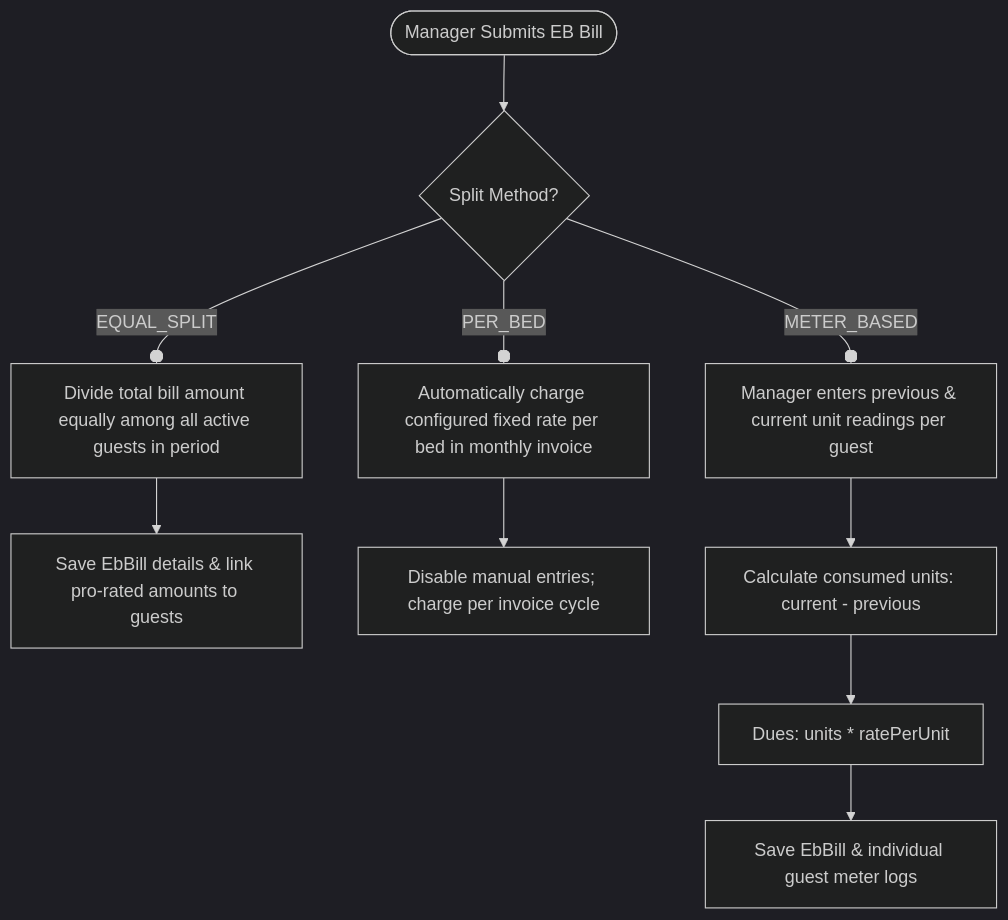
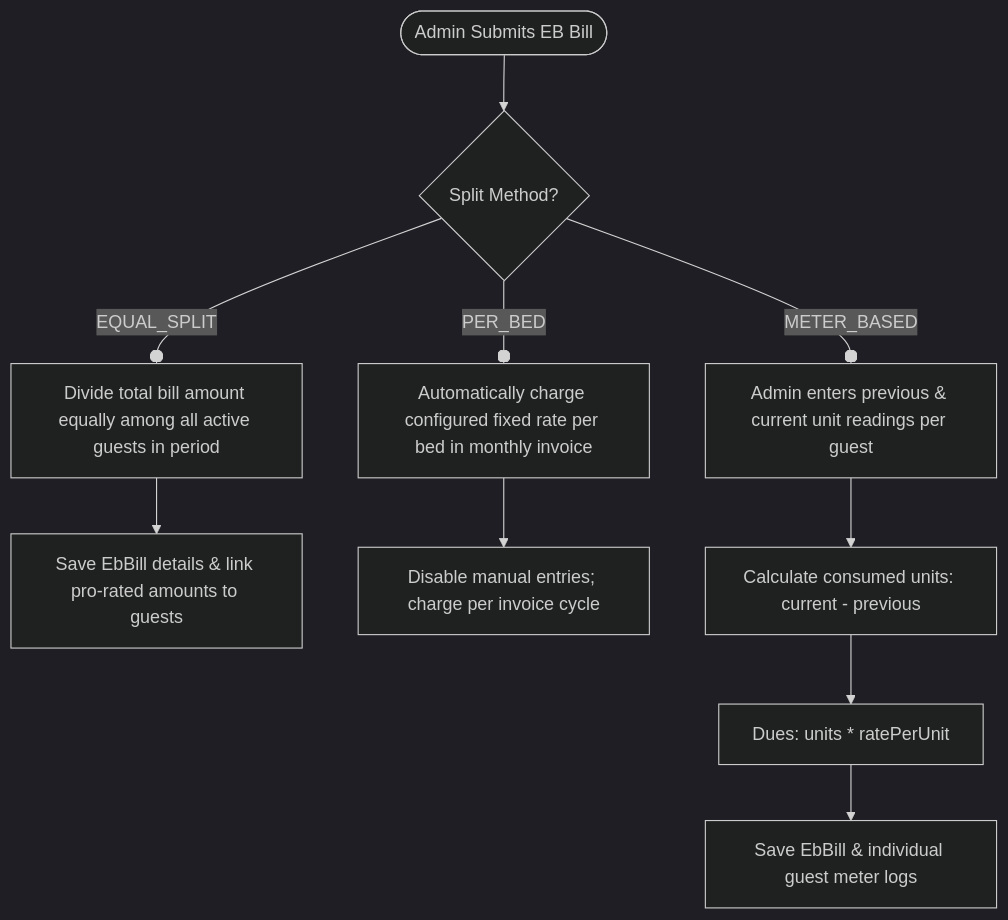
The fifth of 21 diagrams in docs/WORKFLOWS.md (rahul-0906/PG-Project), drawn with Mermaid (dark theme) before and after one commit. The commit also changed other lines of this file and 7 other files, not shown here.

Commit message:
Comprehensive documentation overhaul: update 4-tier roles, workflows, calculations, architecture, and onboarding SOP

````diff
--- a/docs/WORKFLOWS.md
+++ b/docs/WORKFLOWS.md
@@ -149,15 +160,15 @@
 ```mermaid
 flowchart TD
-    Start([Manager Submits EB Bill]) --> Method{Split Method?}
+    Start([Admin Submits EB Bill]) --> Method{Split Method?}
     
     Method -- EQUAL_SPLIT --o EqualCalc[Divide total bill amount equally among all active guests in period]
     EqualCalc --> SaveEqual[Save EbBill details & link pro-rated amounts to guests]
     
     Method -- PER_BED --o FixedCalc[Automatically charge configured fixed rate per bed in monthly invoice]
     FixedCalc --> DisableManual[Disable manual entries; charge per invoice cycle]
     
-    Method -- METER_BASED --o MeterCalc[Manager enters previous & current unit readings per guest]
+    Method -- METER_BASED --o MeterCalc[Admin enters previous & current unit readings per guest]
     MeterCalc --> DiffCalc[Calculate consumed units: current - previous]
     DiffCalc --> CostCalc[Dues: units * ratePerUnit]
     CostCalc --> SaveMeter[Save EbBill & individual guest meter logs]
 ```
````
